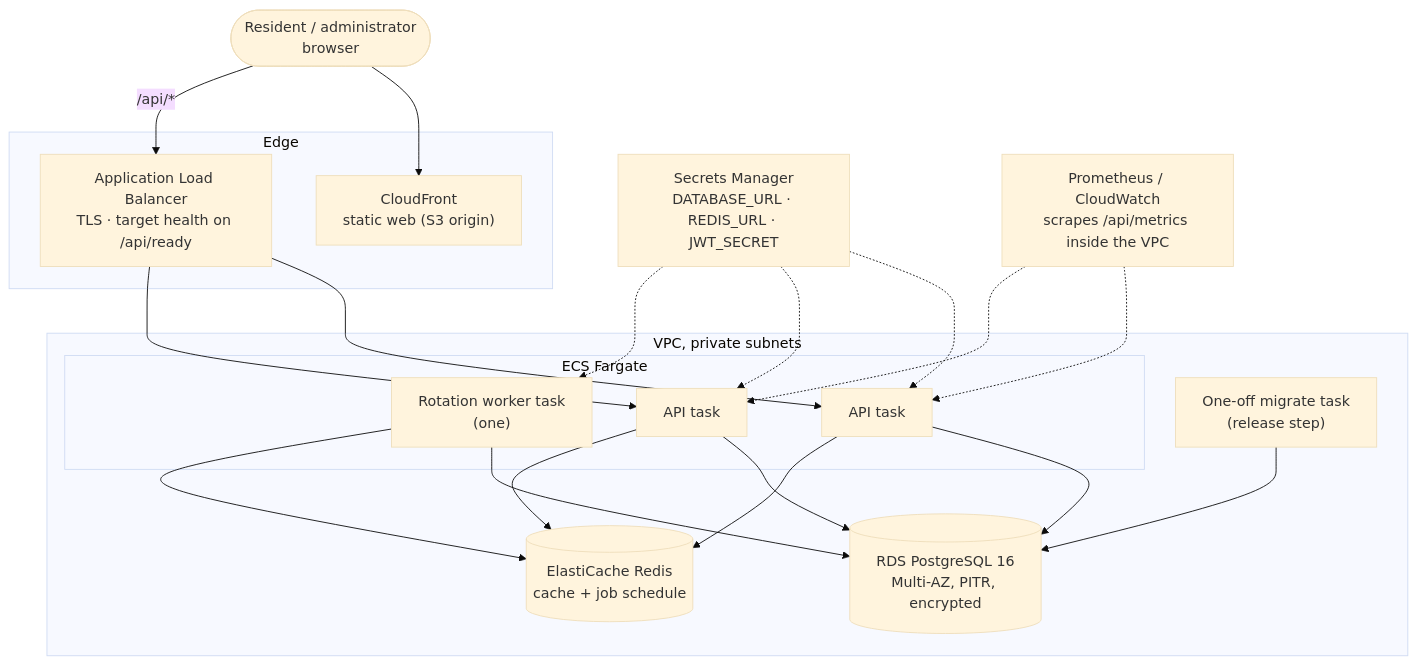
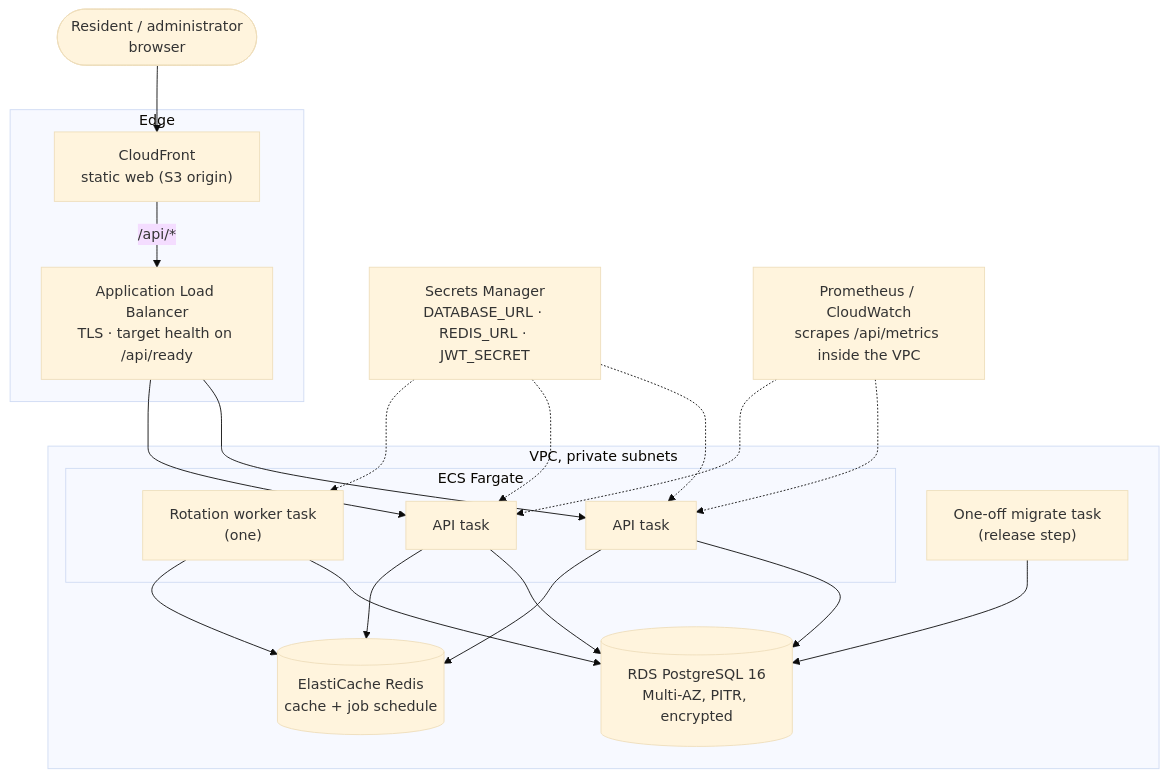
One commit to marcoamtz/residential-parking-system changed the fourth of 4 diagrams in docs/01-architecture.md. Above: the diagram before and after it, drawn with Mermaid (base theme). The commit also changed other lines of this file and 7 other files, not shown here.

````diff
--- a/docs/01-architecture.md
+++ b/docs/01-architecture.md
@@ -144,37 +144,37 @@
 ```mermaid
 flowchart TB
   user(["Resident / administrator<br/>browser"])
   subgraph edge ["Edge"]
     cf["CloudFront<br/>static web (S3 origin)"]
     alb["Application Load Balancer<br/>TLS · target health on /api/ready"]
   end
   subgraph vpc ["VPC, private subnets"]
     subgraph ecs ["ECS Fargate"]
       api1["API task"]
       api2["API task"]
       wk["Rotation worker task<br/>(one)"]
     end
     rds[("RDS PostgreSQL 16<br/>Multi-AZ, PITR, encrypted")]
     ec[("ElastiCache Redis<br/>cache + job schedule")]
     mig["One-off migrate task<br/>(release step)"]
   end
   sm["Secrets Manager<br/>DATABASE_URL · REDIS_URL · JWT_SECRET"]
   prom["Prometheus / CloudWatch<br/>scrapes /api/metrics inside the VPC"]
 
   user --> cf
-  user -- "/api/*" --> alb
+  cf -- "/api/*" --> alb
   alb --> api1
   alb --> api2
   api1 --> rds
   api2 --> rds
   api1 --> ec
   api2 --> ec
   wk --> rds
   wk --> ec
   mig --> rds
   sm -.-> api1
   sm -.-> api2
   sm -.-> wk
   prom -.-> api1
   prom -.-> api2
 ```
````
